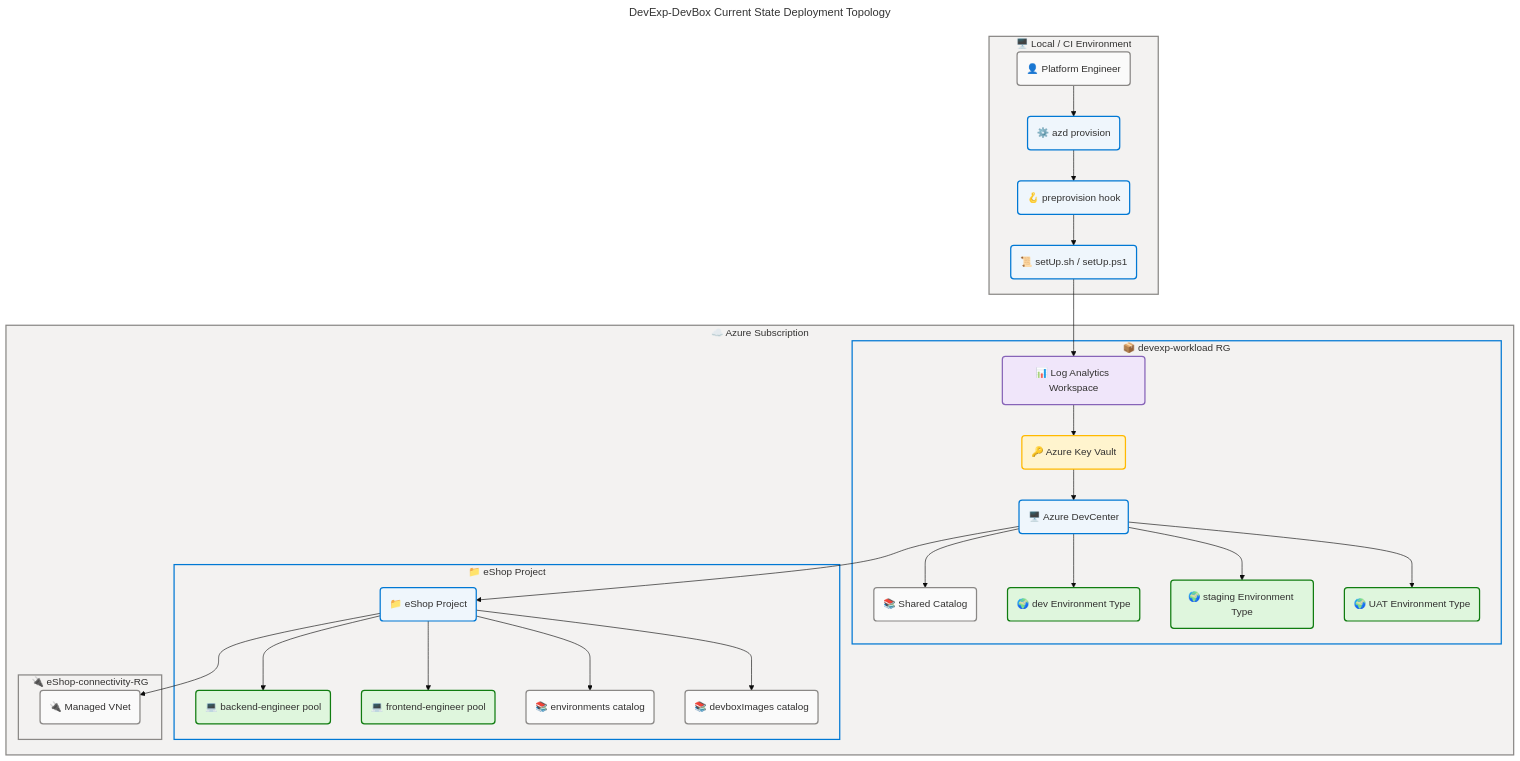
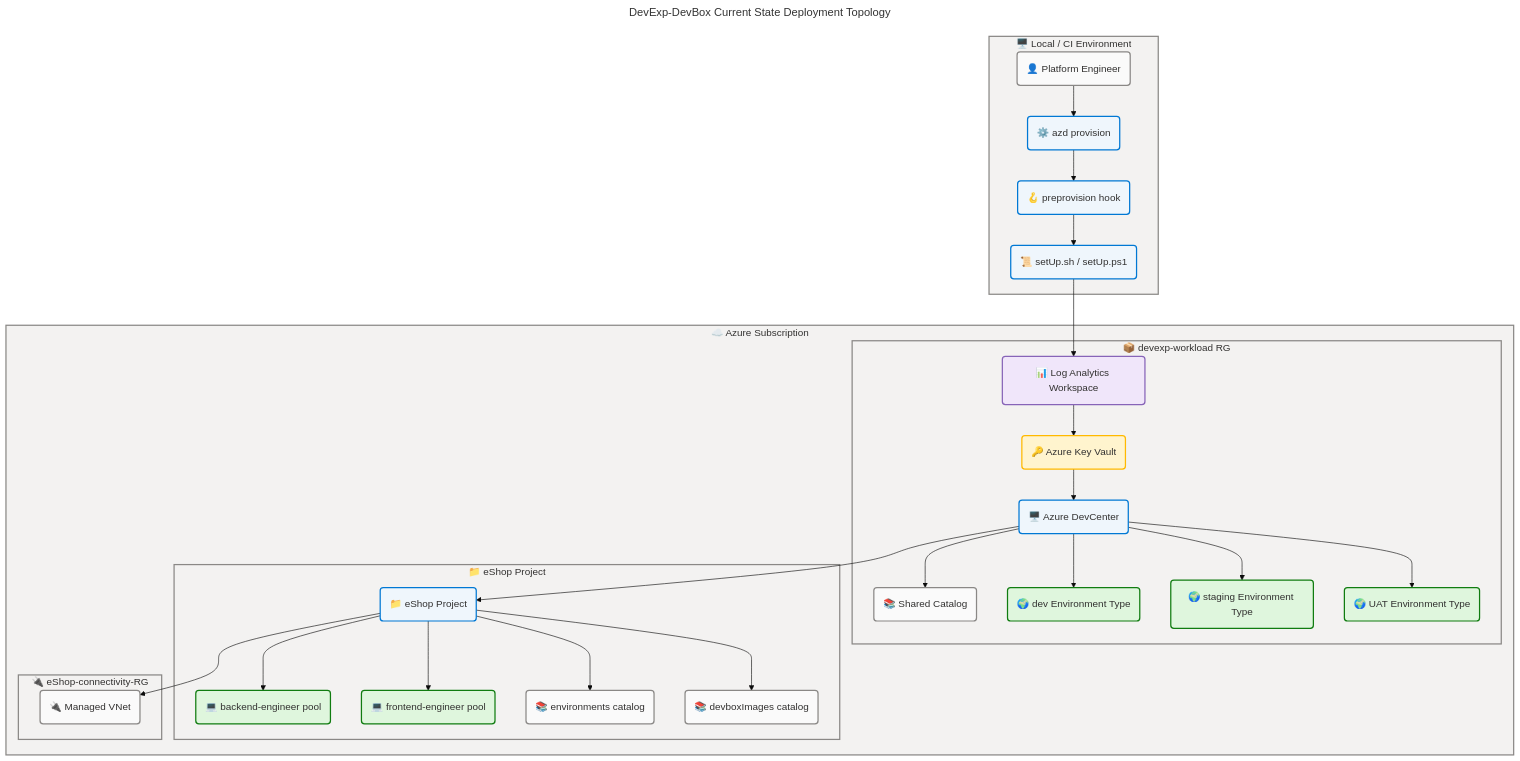
One commit to Evilazaro/DevExp-DevBox changed the fifth of 15 diagrams in docs/architecture/application-architecture.md. Above: the diagram before and after it, drawn with Mermaid. The commit also changed other lines of this file, not shown here.

Commit message:
refactor: update YAML contract terminology and enhance diagram verification scores for improved clarity

```diff
--- a/docs/architecture/application-architecture.md
+++ b/docs/architecture/application-architecture.md
@@ -706,8 +706,8 @@
 
     style local fill:#F3F2F1,stroke:#8A8886,stroke-width:2px,color:#323130
     style sub fill:#F3F2F1,stroke:#8A8886,stroke-width:2px,color:#323130
-    style workloadRG fill:#F3F2F1,stroke:#0078D4,stroke-width:2px,color:#323130
-    style projectRG fill:#F3F2F1,stroke:#0078D4,stroke-width:2px,color:#323130
+    style workloadRG fill:#F3F2F1,stroke:#8A8886,stroke-width:2px,color:#323130
+    style projectRG fill:#F3F2F1,stroke:#8A8886,stroke-width:2px,color:#323130
     style connRG fill:#F3F2F1,stroke:#8A8886,stroke-width:2px,color:#323130
 
     classDef neutral fill:#FAFAFA,stroke:#8A8886,stroke-width:2px,color:#323130
```
